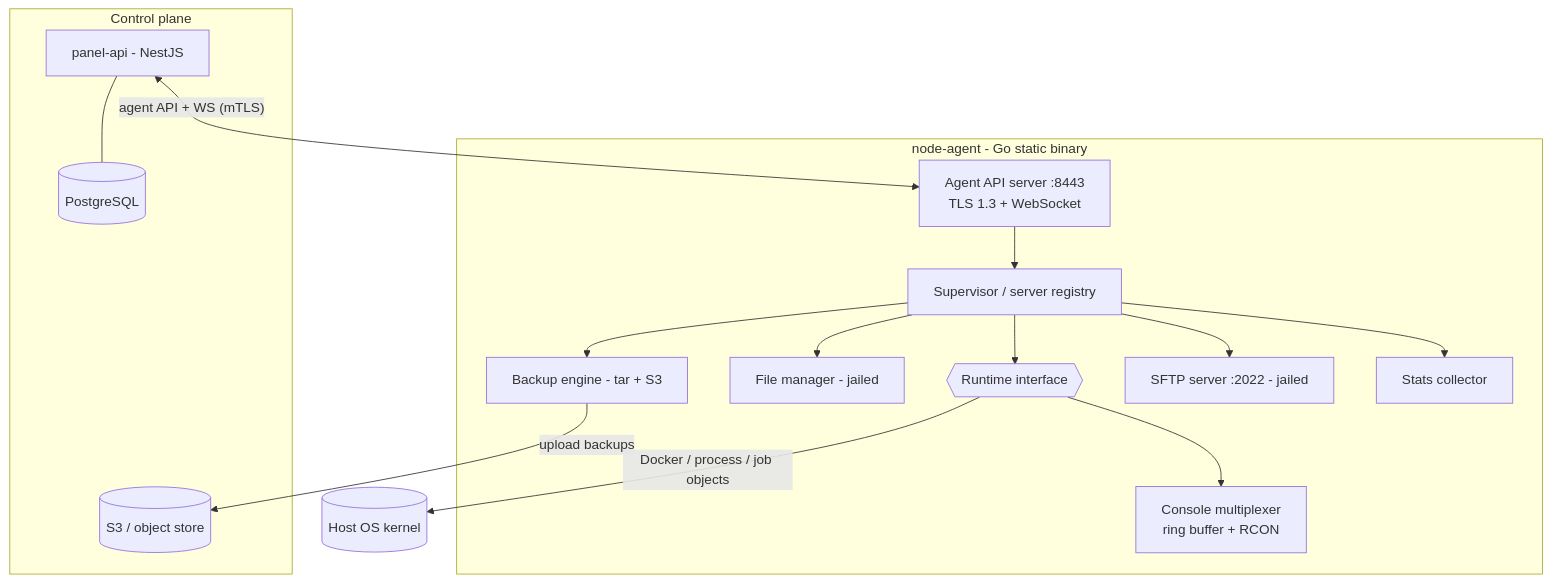
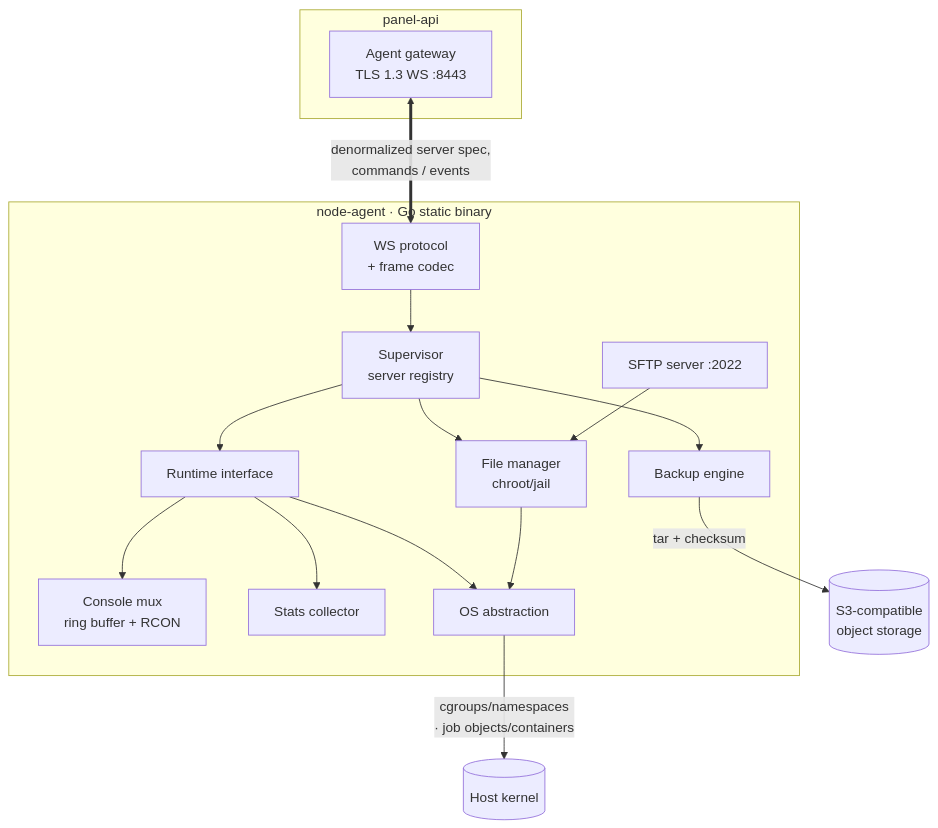
The first of 3 diagrams in docs/06-node-agent.md (ReFxFrank/ReFxHosting), drawn with Mermaid before and after one commit. The commit also changed other lines of this file and 62 other files, not shown here.

Commit message:
Add full architecture and operations documentation set (docs/)

````diff
--- a/docs/06-node-agent.md
+++ b/docs/06-node-agent.md
@@ -38,30 +30,31 @@
 ```mermaid
 flowchart TB
-  subgraph Panel[Control plane]
-    API[panel-api - NestJS]
-    DB[(PostgreSQL)]
-    S3[(S3 / object store)]
-    API --- DB
+  subgraph Panel[panel-api]
+    AGW[Agent gateway<br/>TLS 1.3 WS :8443]
   end
 
-  subgraph Agent[node-agent - Go static binary]
-    GW[Agent API server :8443<br/>TLS 1.3 + WebSocket]
-    SUP[Supervisor / server registry]
-    RT{{Runtime interface}}
-    CON[Console multiplexer<br/>ring buffer + RCON]
-    FM[File manager - jailed]
-    BK[Backup engine - tar + S3]
-    SFTP[SFTP server :2022 - jailed]
-    STAT[Stats collector]
-    GW --> SUP --> RT
-    RT --> CON
-    SUP --> FM
-    SUP --> BK
-    SUP --> SFTP
-    SUP --> STAT
+  subgraph Agent[node-agent · Go static binary]
+    WS[WS protocol<br/>+ frame codec]
+    SUP[Supervisor<br/>server registry]
+    RT[Runtime interface]
+    CON[Console mux<br/>ring buffer + RCON]
+    FM[File manager<br/>chroot/jail]
+    BK[Backup engine]
+    SFTP[SFTP server :2022]
+    STATS[Stats collector]
+    OS[OS abstraction]
   end
 
-  API <-->|"agent API + WS (mTLS)"| GW
-  BK -->|upload backups| S3
-  RT -->|Docker / process / job objects| OS[(Host OS kernel)]
+  AGW <==>|denormalized server spec,<br/>commands / events| WS
+  WS --> SUP
+  SUP --> RT
+  RT --> CON
+  RT --> STATS
+  SUP --> FM
+  SUP --> BK
+  SFTP --> FM
+  RT --> OS
+  FM --> OS
+  BK -->|tar + checksum| S3[(S3-compatible<br/>object storage)]
+  OS -->|cgroups/namespaces<br/>· job objects/containers| HOST[(Host kernel)]
 ```
````
